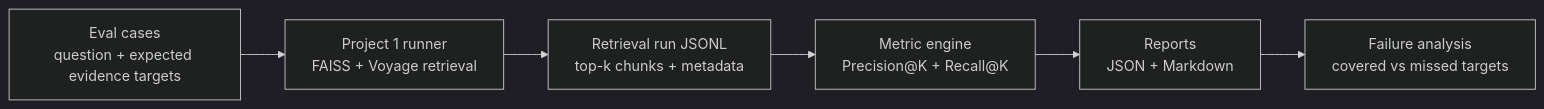
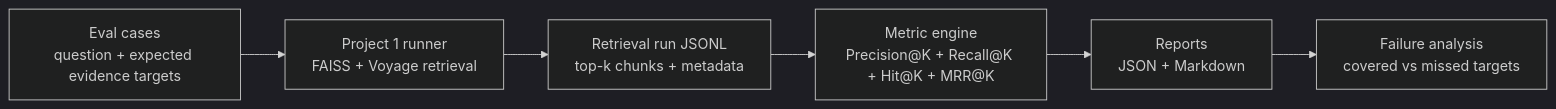
Before and after one commit to irenechenn/financial-rag-eval-suite: the first of 3 diagrams in README.md, drawn with Mermaid (dark theme). The commit also changed other lines of this file and 11 other files, not shown here.

````diff
--- a/README.md
+++ b/README.md
@@ -9,8 +9,8 @@
 ```mermaid
 flowchart LR
     A["Eval cases\nquestion + expected evidence targets"] --> B["Project 1 runner\nFAISS + Voyage retrieval"]
     B --> C["Retrieval run JSONL\ntop-k chunks + metadata"]
-    C --> D["Metric engine\nPrecision@K + Recall@K"]
+    C --> D["Metric engine\nPrecision@K + Recall@K + Hit@K + MRR@K"]
     D --> E["Reports\nJSON + Markdown"]
     E --> F["Failure analysis\ncovered vs missed targets"]
 ```
````
